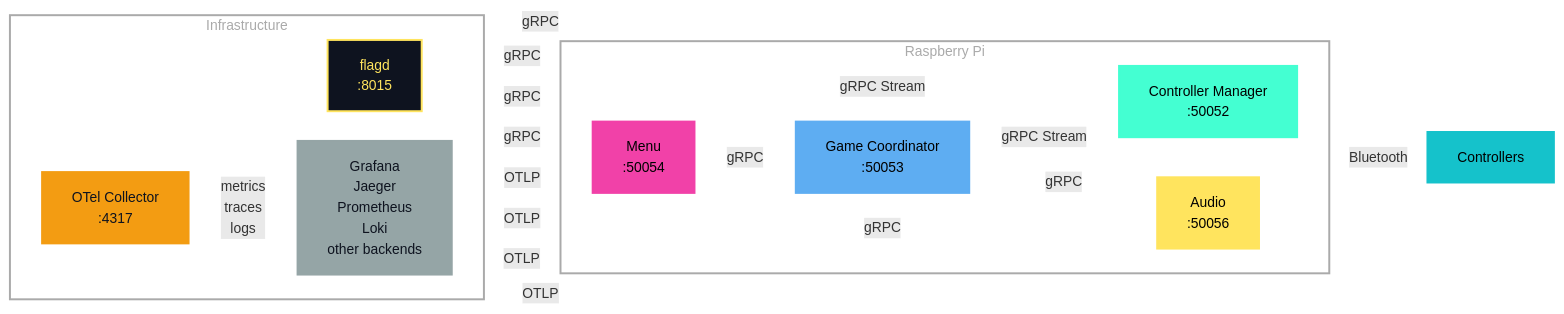
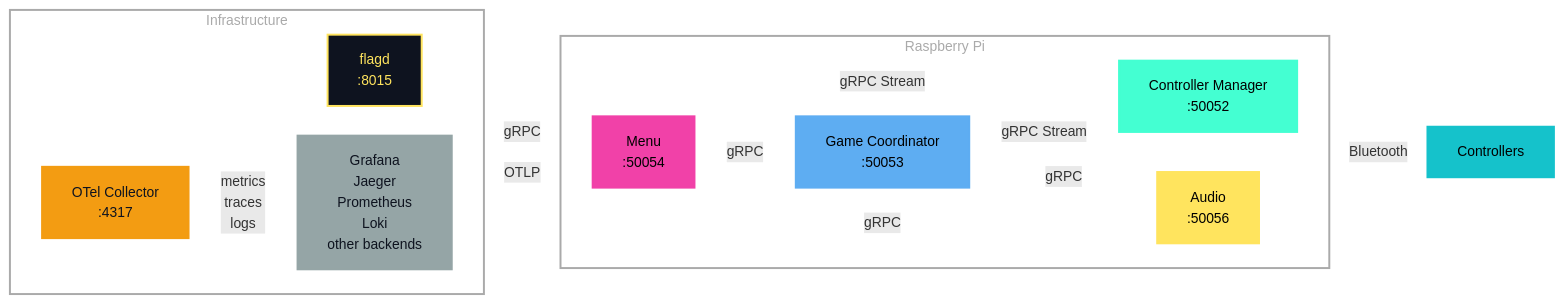
One commit to WatchMeJoustMyFlags/kubecon-material changed the third of 5 diagrams in cloud-native-linz-presentation/slides.md. Above: the diagram before and after it, drawn with Mermaid. The commit also changed other lines of this file, not shown here.

Commit message:
feat: improve mermaid

````diff
--- a/cloud-native-linz-presentation/slides.md
+++ b/cloud-native-linz-presentation/slides.md
@@ -257,50 +258,44 @@
 ```mermaid {scale:0.75}
 %%{init: {'themeVariables': {'fontSize': '14px'}, 'flowchart': {'nodeSpacing': 30, 'rankSpacing': 40}}}%%
 graph LR
 
     subgraph RaspberryPi["Raspberry Pi"]
         direction LR
         Menu[Menu<br/>:50054]
         GC[Game Coordinator<br/>:50053]
         CM[Controller Manager<br/>:50052]
         Audio[Audio<br/>:50056]
     end
 
     subgraph Infrastructure["Infrastructure"]
         direction LR
         Flagd[flagd<br/>:8015]
         OTel[OTel Collector<br/>:4317]
         Observability[Grafana<br/>Jaeger<br/>Prometheus<br/>Loki<br/>other backends]
     end
     
     Controllers[Controllers]
 
     Menu -->|gRPC| GC
     Menu <-->|gRPC Stream| CM
     GC <-->|gRPC Stream| CM
     GC -->|gRPC| Audio
     Menu -->|gRPC| Audio
-    Flagd -.->|gRPC| GC
-    Flagd -.->|gRPC| Audio
-    Flagd -.->|gRPC| Menu
-    Flagd -.->|gRPC| CM
+    Flagd -.->|gRPC| RaspberryPi
     CM -->|Bluetooth| Controllers
 
-    Menu -.->|OTLP| OTel
-    GC -.->|OTLP| OTel
-    CM -.->|OTLP| OTel
-    Audio -.->|OTLP| OTel
+    RaspberryPi -.->|OTLP| OTel
     OTel -->|metrics<br/>traces<br/>logs| Observability
 
     style Flagd fill:#0e131f,stroke:#ffe45e,stroke-width:2px,color:#ffe45e
     style Menu fill:#f141a8,stroke:#f141a8,stroke-width:2px,color:#000000
     style GC fill:#5eadf2,stroke:#5eadf2,stroke-width:2px,color:#000000
     style CM fill:#44ffd2,stroke:#44ffd2,stroke-width:2px,color:#000000
     style Audio fill:#ffe45e,stroke:#ffe45e,stroke-width:2px,color:#000000
     style Controllers fill:#15c2cb,stroke:#15c2cb,stroke-width:2px,color:#000000
     style OTel fill:#f39c12,stroke:#f39c12,stroke-width:2px,color:#0e131f
     style Observability fill:#95a5a6,stroke:#95a5a6,stroke-width:2px,color:#0e131f
     style RaspberryPi fill:transparent,stroke:#aaaaaa,stroke-width:2px,color:#aaaaaa
     style Infrastructure fill:transparent,stroke:#aaaaaa,stroke-width:2px,color:#aaaaaa
     linkStyle default stroke:#ffffff,fill:none
 ```
````
